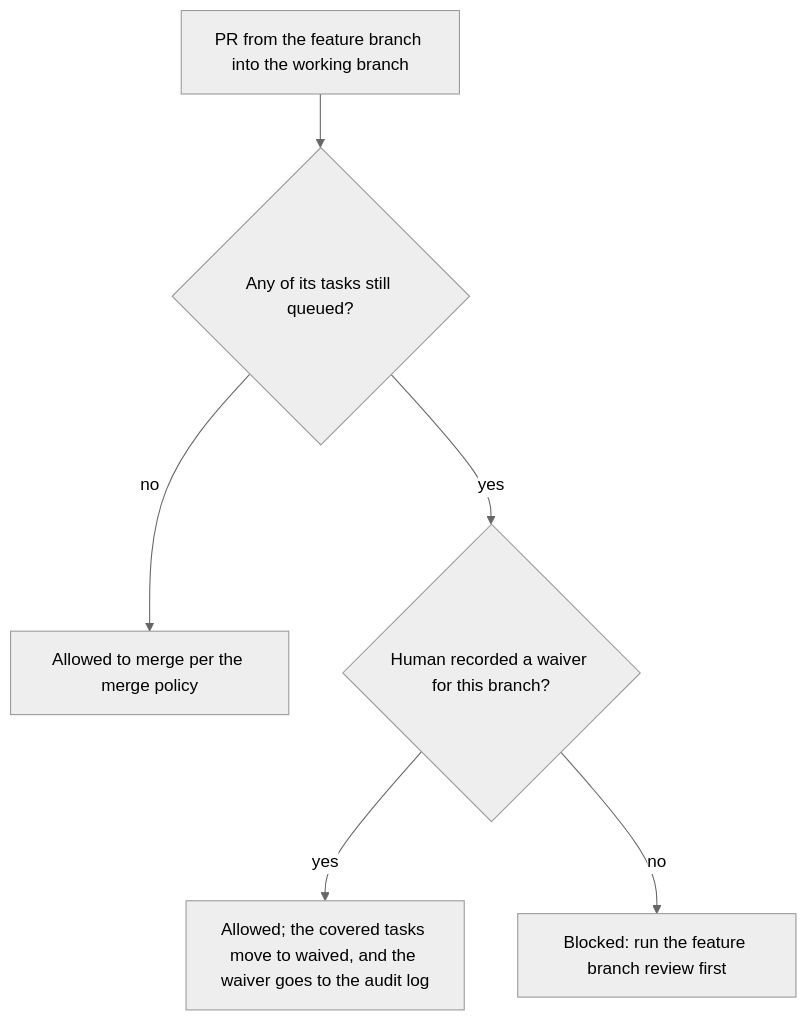
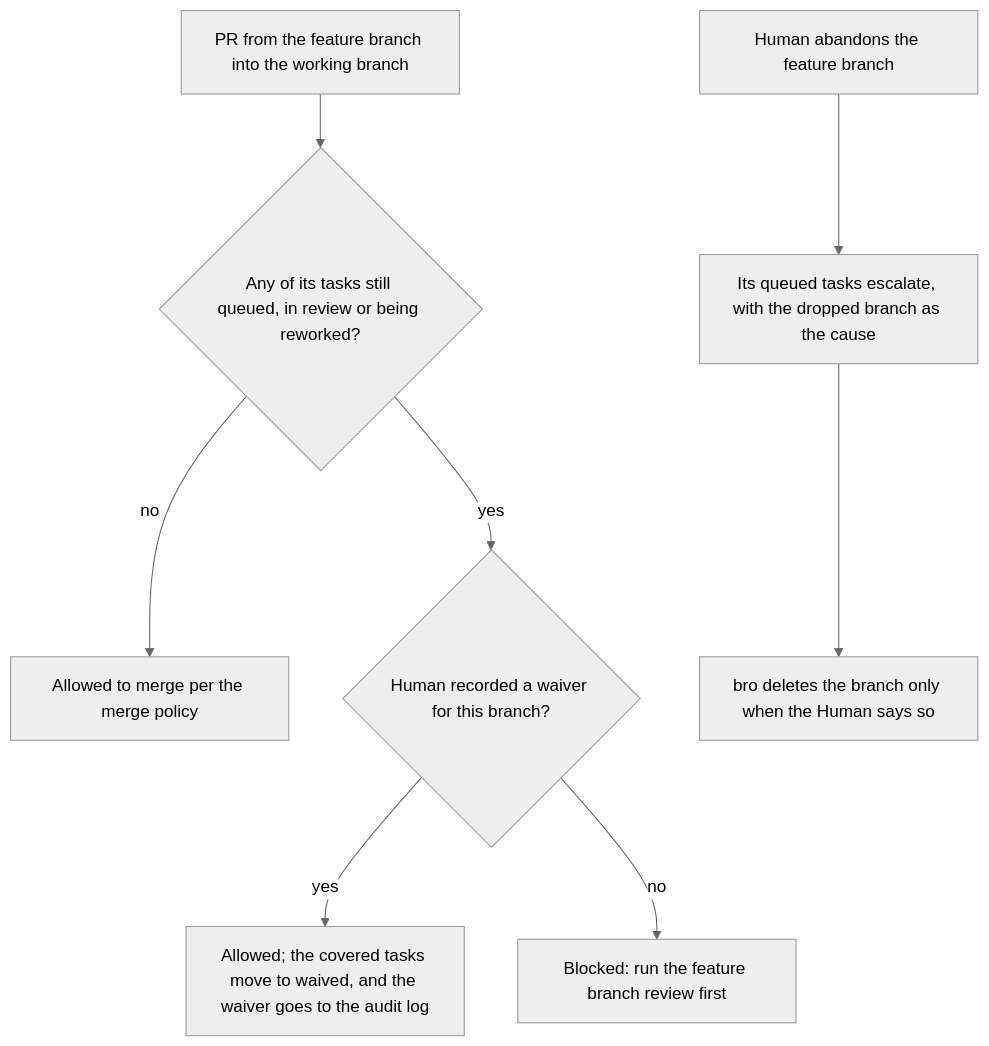
One commit to trustmybot/plugin changed the seventh of 8 diagrams in docs/architecture/AGILE.md. Above: the diagram before and after it, drawn with Mermaid (neutral theme). The commit also changed other lines of this file and 4 other files, not shown here.

First line of the commit message:
📝 docs(tasks): fill lifecycle gaps in TASKS, FLOWS and AGILE (GH 3251)

````diff
--- a/docs/architecture/AGILE.md
+++ b/docs/architecture/AGILE.md
@@ -163,8 +172,10 @@
 ```mermaid
 flowchart TD
-    A[PR from the feature branch into the working branch] --> B{Any of its tasks still queued?}
+    A[PR from the feature branch into the working branch] --> B{Any of its tasks still queued, in review or being reworked?}
     B -- no --> OK[Allowed to merge per the merge policy]
     B -- yes --> W{Human recorded a waiver for this branch?}
     W -- yes --> L[Allowed; the covered tasks move to waived, and the waiver goes to the audit log]
     W -- no --> X[Blocked: run the feature branch review first]
+    D[Human abandons the feature branch] --> E[Its queued tasks escalate, with the dropped branch as the cause]
+    E --> F[bro deletes the branch only when the Human says so]
 ```
````
